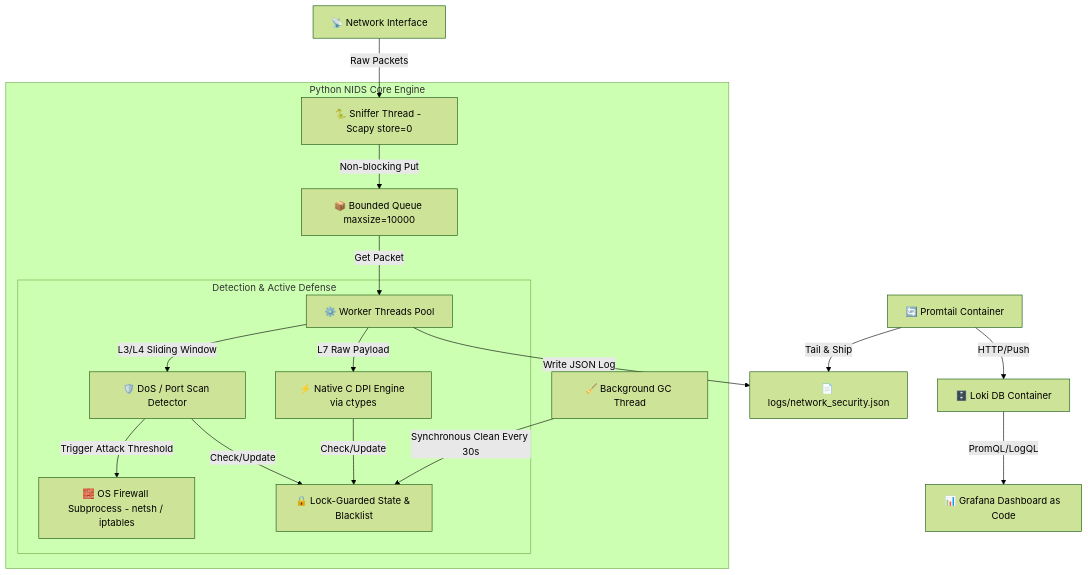
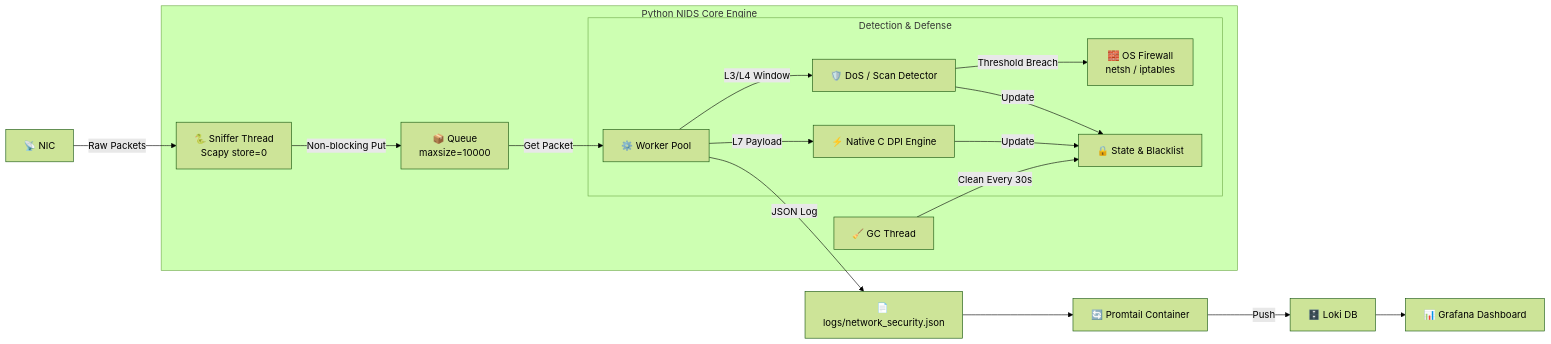
One commit to RazEini/NetGuard changed the diagram in README.md. Above: the diagram before and after it, drawn with Mermaid (forest theme).

Commit message:
Fix mermaid diagram formatting in README.md

````diff
--- a/README.md
+++ b/README.md
@@ -27,26 +27,26 @@
 ```mermaid
-flowchart TD
+flowchart LR
     %% Traffic Input
-    NIC[📡 Network Interface] -->|Raw Packets| SnifferThread[🐍 Sniffer Thread - Scapy store=0]
+    NIC[📡 NIC] -->|Raw Packets| SnifferThread[🐍 Sniffer Thread<br>Scapy store=0]
 
     %% Core Engine
     subgraph Engine [Python NIDS Core Engine]
-        SnifferThread -->|Non-blocking Put| Queue[📦 Bounded Queue maxsize=10000]
-        Queue -->|Get Packet| Worker[⚙️ Worker Threads Pool]
+        SnifferThread -->|Non-blocking Put| Queue[📦 Queue<br>maxsize=10000]
+        Queue -->|Get Packet| Worker[⚙️ Worker Pool]
 
-        subgraph Detection [Detection & Active Defense]
-            Worker -->|L3/L4 Sliding Window| Anomaly[🛡️ DoS / Port Scan Detector]
-            Worker -->|L7 Raw Payload| DPI[⚡ Native C DPI Engine via ctypes]
-            Anomaly -->|Trigger Attack Threshold| Firewall[🧱 OS Firewall Subprocess - netsh / iptables]
-            Anomaly & DPI -->|Check/Update| State[🔒 Lock-Guarded State & Blacklist]
+        subgraph Detection [Detection & Defense]
+            Worker -->|L3/L4 Window| Anomaly[🛡️ DoS / Scan Detector]
+            Worker -->|L7 Payload| DPI[⚡ Native C DPI Engine]
+            Anomaly -->|Threshold Breach| Firewall[🧱 OS Firewall<br>netsh / iptables]
+            Anomaly & DPI -->|Update| State[🔒 State & Blacklist]
         end
 
-        GC[🧹 Background GC Thread] -->|Synchronous Clean Every 30s| State
+        GC[🧹 GC Thread] -->|Clean Every 30s| State
     end
 
     %% Logging & Observability
-    Worker -->|Write JSON Log| LogFile[📄 logs/network_security.json]
-    Promtail[🔄 Promtail Container] -->|Tail & Ship| LogFile
-    Promtail -->|HTTP/Push| Loki[🗄️ Loki DB Container]
-    Loki -->|PromQL/LogQL| Grafana[📊 Grafana Dashboard as Code]
+    Worker -->|JSON Log| LogFile[📄 logs/network_security.json]
+    LogFile --> Promtail[🔄 Promtail Container]
+    Promtail -->|Push| Loki[🗄️ Loki DB]
+    Loki --> Grafana[📊 Grafana Dashboard]
 ```
````
